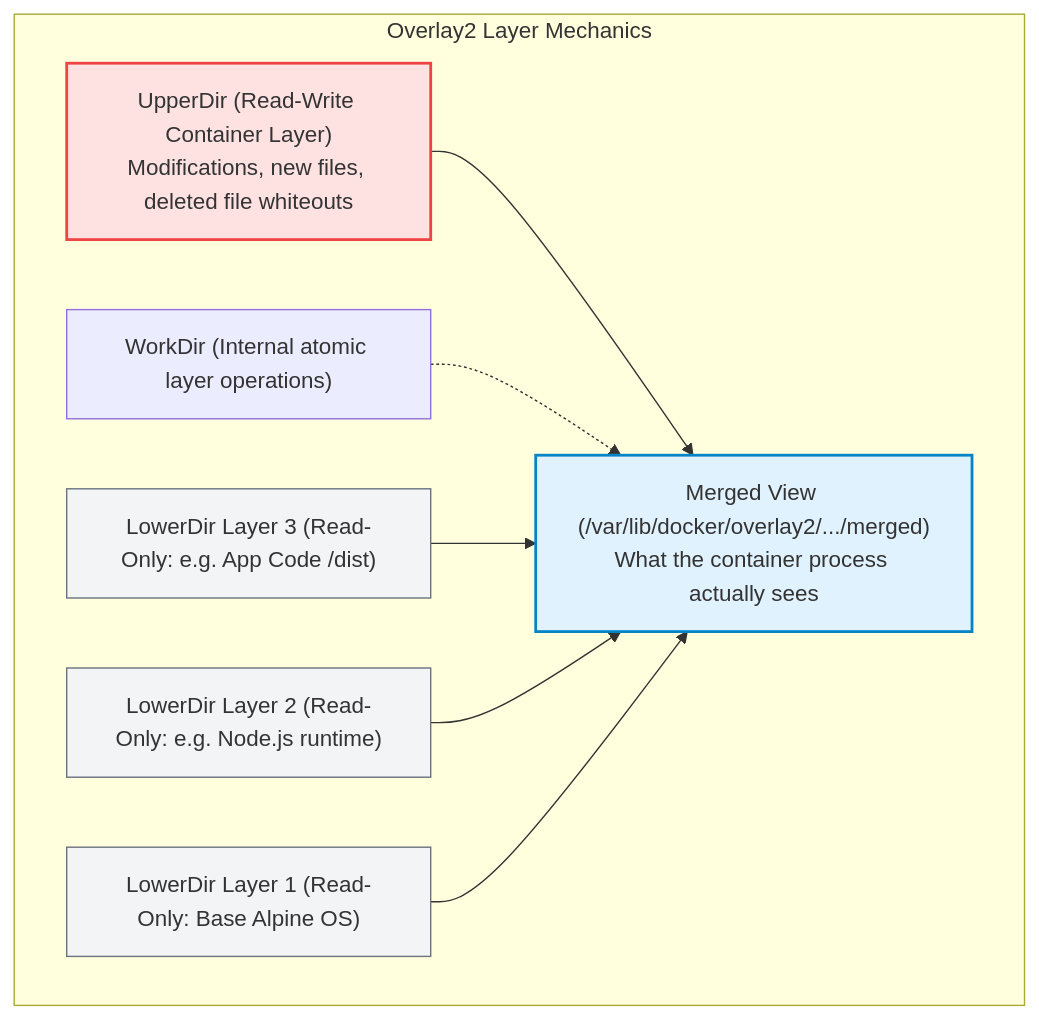
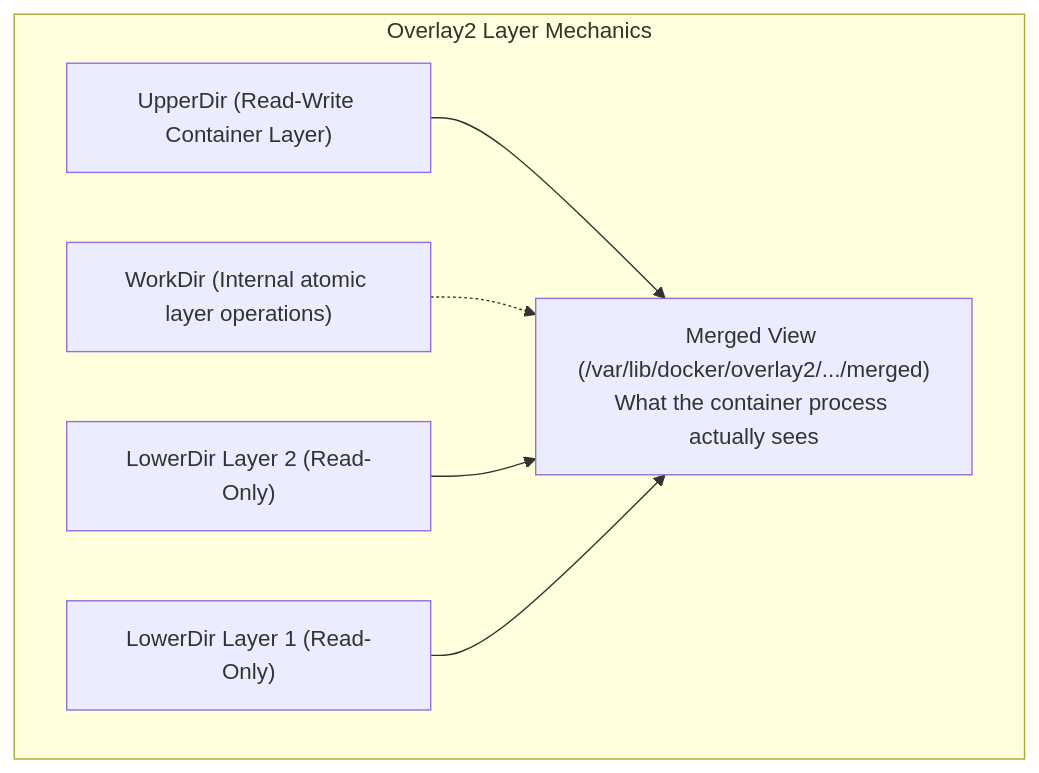
One commit to PandeyKishan/Study-Notes changed the third of 4 diagrams in 01-Docker/01-Core-Concepts-and-Architecture.md. Above: the diagram before and after it, drawn with Mermaid. The commit also changed other lines of this file and 38 other files, not shown here.

````diff
--- a/01-Docker/01-Core-Concepts-and-Architecture.md
+++ b/01-Docker/01-Core-Concepts-and-Architecture.md
@@ -102,23 +84,15 @@
 ```mermaid
 flowchart TD
     subgraph Overlay2_Storage["Overlay2 Layer Mechanics"]
         Merged["Merged View (/var/lib/docker/overlay2/.../merged)\nWhat the container process actually sees"]
         WorkDir["WorkDir (Internal atomic layer operations)"]
-        Upper["UpperDir (Read-Write Container Layer)\nModifications, new files, deleted file whiteouts"]
-        Lower3["LowerDir Layer 3 (Read-Only: e.g. App Code /dist)"]
-        Lower2["LowerDir Layer 2 (Read-Only: e.g. Node.js runtime)"]
-        Lower1["LowerDir Layer 1 (Read-Only: Base Alpine OS)"]
+        Upper["UpperDir (Read-Write Container Layer)"]
+        Lower2["LowerDir Layer 2 (Read-Only)"]
+        Lower1["LowerDir Layer 1 (Read-Only)"]
 
         Upper --> Merged
         WorkDir -.-> Merged
-        Lower3 --> Merged
         Lower2 --> Merged
         Lower1 --> Merged
     end
-
-    style Merged fill:#e0f2fe,stroke:#0284c7,stroke-width:2px
-    style Upper fill:#fee2e2,stroke:#ef4444,stroke-width:2px
-    style Lower1 fill:#f3f4f6,stroke:#6b7280,stroke-width:1px
-    style Lower2 fill:#f3f4f6,stroke:#6b7280,stroke-width:1px
-    style Lower3 fill:#f3f4f6,stroke:#6b7280,stroke-width:1px
 ```
````
